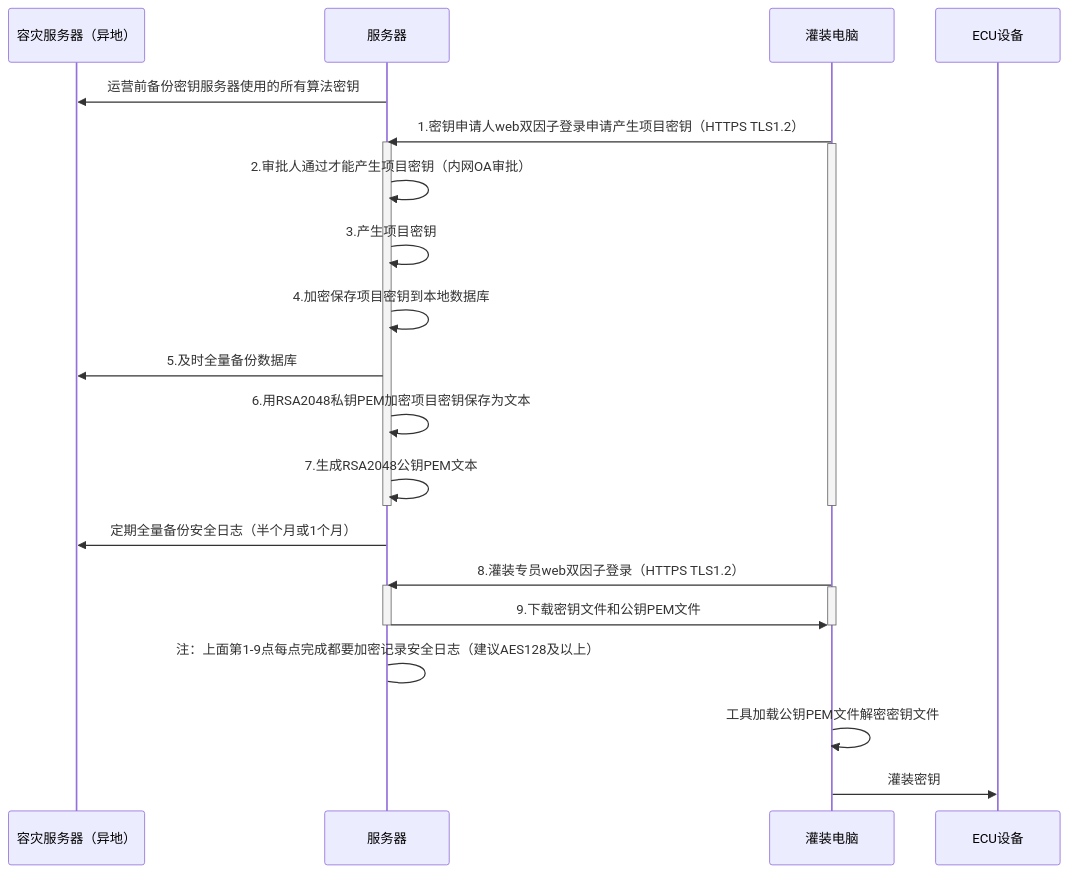
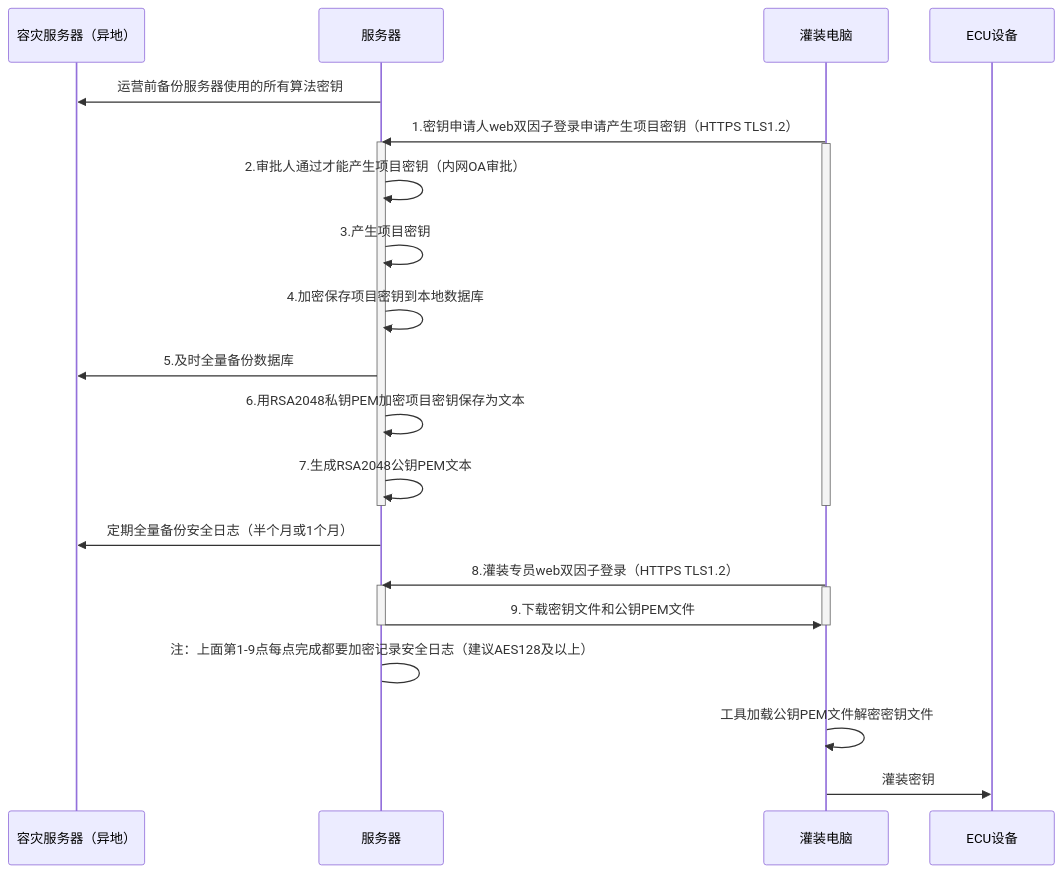
The diagram in all/未命名-17.md (facebook-cloud/iodraw-files), drawn with Mermaid before and after one commit.

Commit message:
2026-03-05 20:40:22 update

````diff
--- a/all/未命名-17.md
+++ b/all/未命名-17.md
@@ -1,34 +1,34 @@
 ```mermaid
 sequenceDiagram
     participant A as 容灾服务器（异地）
     participant B as 服务器
     participant D as 灌装电脑
     participant E as ECU设备
 
-    B->>A: 运营前备份密钥服务器使用的所有算法密钥
+    B->>A: 运营前备份服务器使用的所有算法密钥
     D->>B: 1.密钥申请人web双因子登录申请产生项目密钥（HTTPS TLS1.2）
     activate B
     activate D
     B->>B: 2.审批人通过才能产生项目密钥（内网OA审批）
     B->>B: 3.产生项目密钥
     B->>B: 4.加密保存项目密钥到本地数据库
     B->>A: 5.及时全量备份数据库
     B->>B: 6.用RSA2048私钥PEM加密项目密钥保存为文本
     B->>B: 7.生成RSA2048公钥PEM文本
     deactivate B
     deactivate D
 
     B->>A: 定期全量备份安全日志（半个月或1个月）
     
     D->>B: 8.灌装专员web双因子登录（HTTPS TLS1.2）
     activate B
     activate D
     B->>D: 9.下载密钥文件和公钥PEM文件
     deactivate B
     deactivate D
     B->B: 注：上面第1-9点每点完成都要加密记录安全日志（建议AES128及以上）
 
     D->>D:工具加载公钥PEM文件解密密钥文件
     
     D->>E: 灌装密钥
 ```
````
